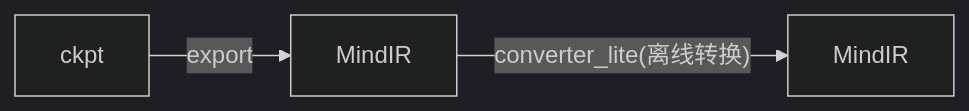
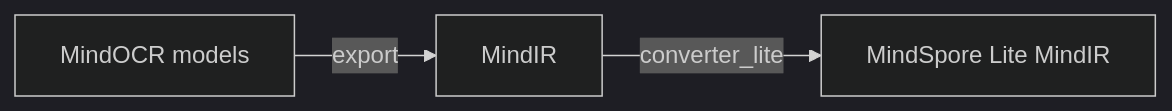
One commit to mindspore-lab/mindocr changed the first of 3 diagrams in docs/cn/inference/convert_tutorial.md. Above: the diagram before and after it, drawn with Mermaid (dark theme). The commit also changed other lines of this file and 8 other files, not shown here.

````diff
--- a/docs/cn/inference/convert_tutorial.md
+++ b/docs/cn/inference/convert_tutorial.md
@@ -7,4 +9,4 @@
 ```mermaid
 graph LR;
-    ckpt --> |export| MindIR --> |"converter_lite(离线转换)"| o[MindIR];
+    A[MindOCR models] -- export --> B[MindIR] -- converter_lite --> C[MindSpore Lite MindIR];
 ```
````
